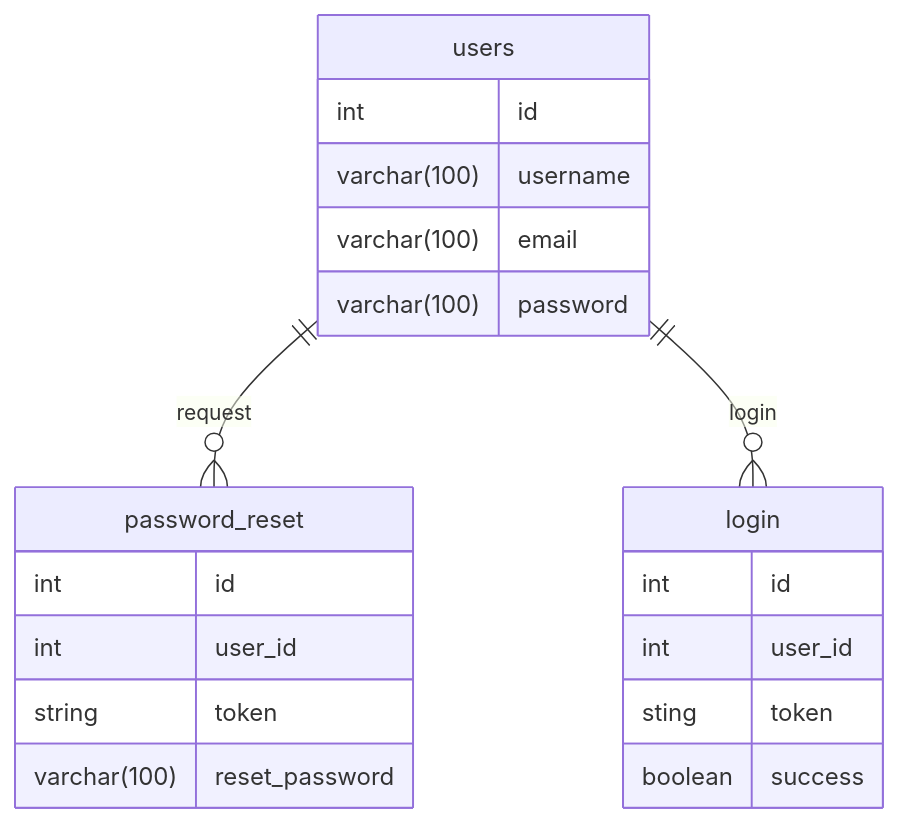
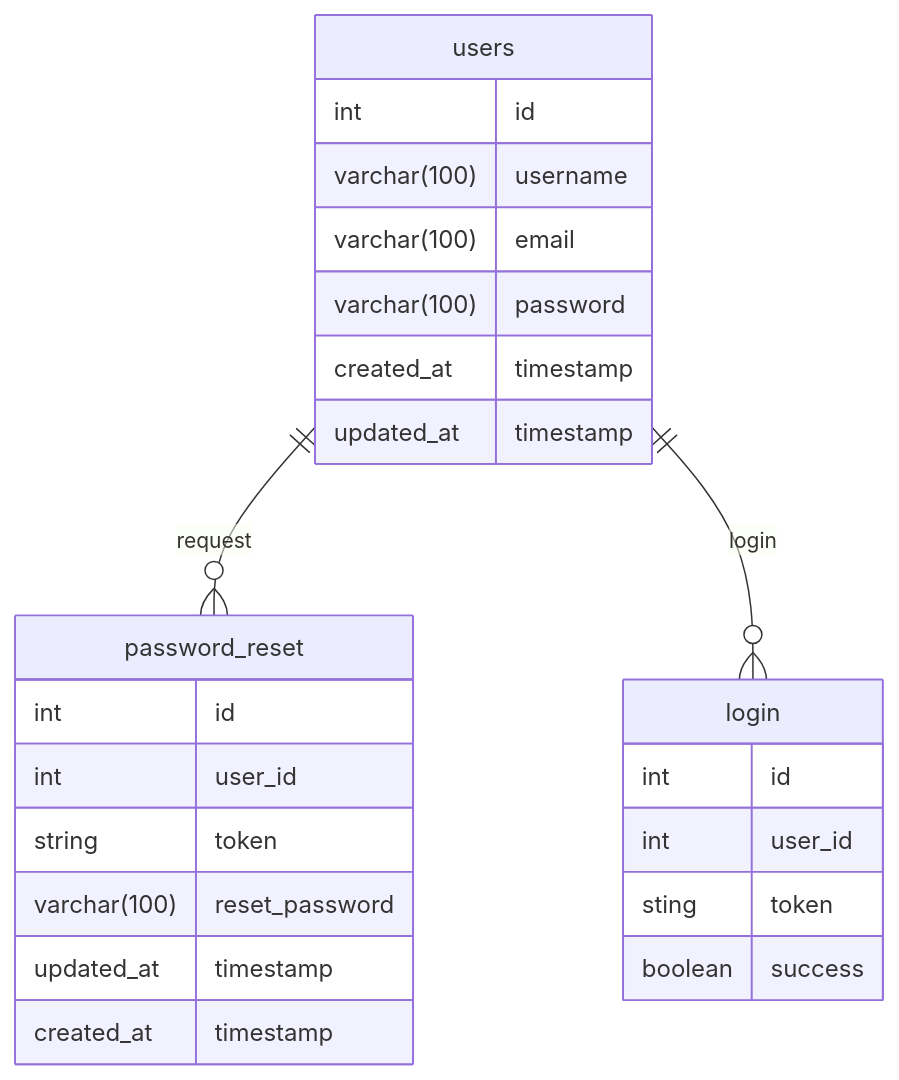
One commit to MohamadDimasPrayoga1010/koda-b4-db4 changed the diagram in README.md. Above: the diagram before and after it, drawn with Mermaid. The commit also changed 1 other file, not shown here.

Commit message:
refactor normalisasi erd and sql

````diff
--- a/README.md
+++ b/README.md
@@ -3,29 +3,33 @@
 ```mermaid
 erDiagram
 
 users{
     int id
     varchar(100) username
     varchar(100) email
     varchar(100) password
+    created_at timestamp
+    updated_at timestamp
 }
 
 password_reset{
     int id
     int user_id
     string token
     varchar(100) reset_password
+    updated_at timestamp
+    created_at timestamp
 }
 
 login{
     int id
     int user_id
     sting token
     boolean success
 }
 
 users ||--o{ password_reset : "request"
 users ||--o{ login : "login"
 
 
 ```
````
